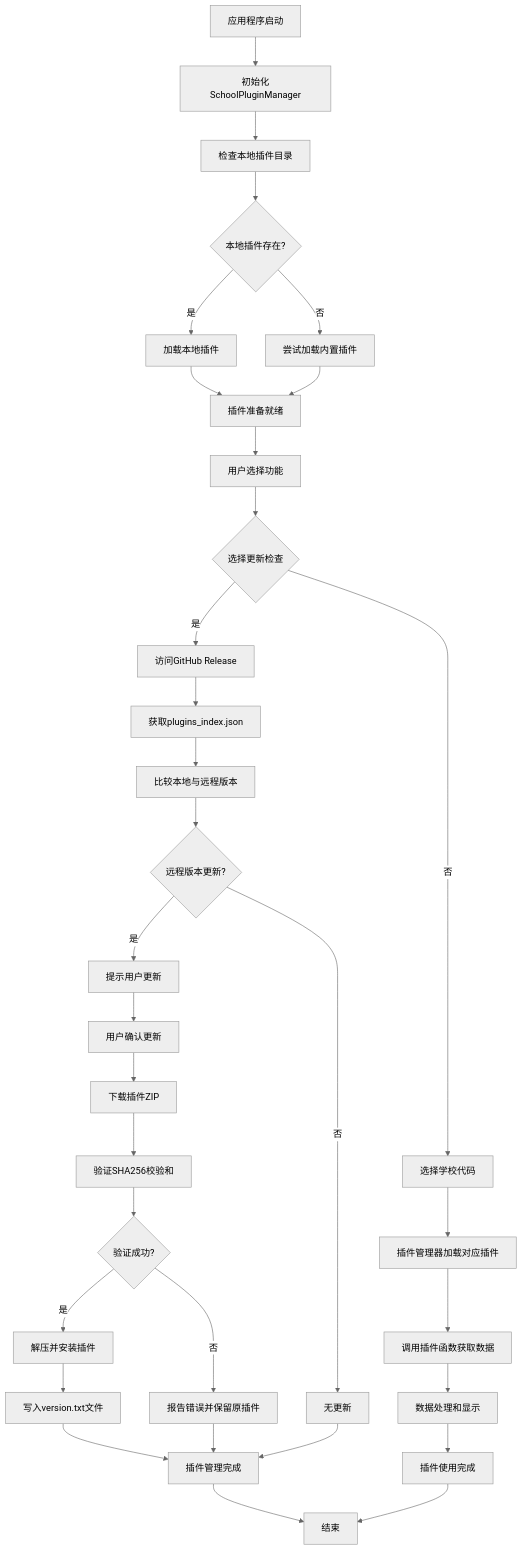
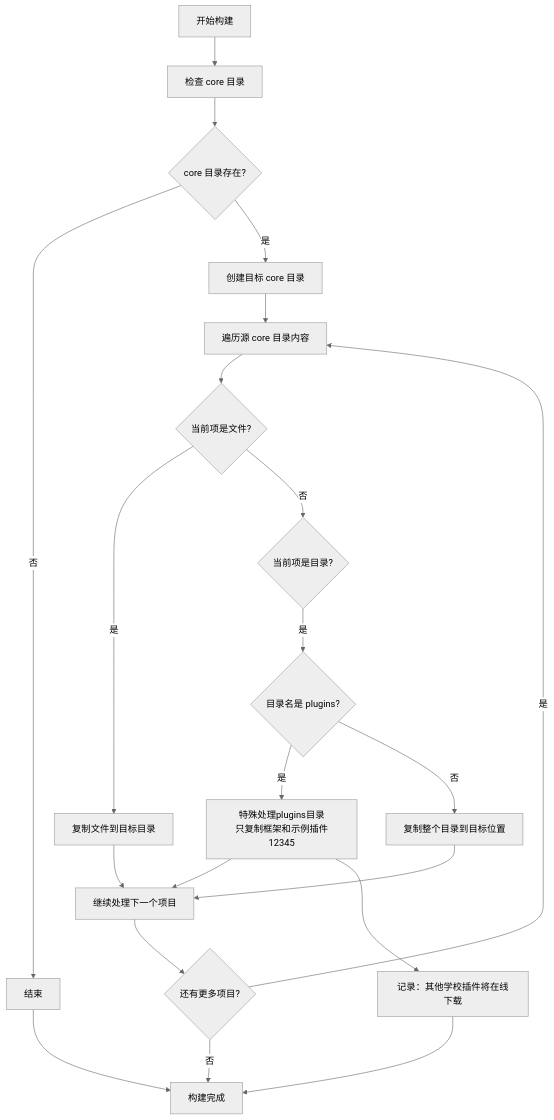
The diagram in PLUGIN_FLOW_CHART.md (pjnt9372/Capture_Push), drawn with Mermaid (neutral theme) before and after one commit. The commit also changed other lines of this file and 35 other files, not shown here.

````diff
--- a/PLUGIN_FLOW_CHART.md
+++ b/PLUGIN_FLOW_CHART.md
@@ -3,35 +14,23 @@
 ```mermaid
 graph TD
-    A[应用程序启动] --> B[初始化SchoolPluginManager]
-    B --> C[检查本地插件目录]
-    C --> D{本地插件存在?}
-    D -->|是| E[加载本地插件]
-    D -->|否| F[尝试加载内置插件]
-    E --> G[插件准备就绪]
-    F --> G
-    G --> H[用户选择功能]
-    H --> I{选择更新检查}
-    I -->|是| J[访问GitHub Release]
-    I -->|否| K[选择学校代码]
-    J --> L[获取plugins_index.json]
-    L --> M[比较本地与远程版本]
-    M --> N{远程版本更新?}
-    N -->|是| O[提示用户更新]
-    N -->|否| P[无更新]
-    O --> Q[用户确认更新]
-    Q --> R[下载插件ZIP]
-    R --> S[验证SHA256校验和]
-    S --> T{验证成功?}
-    T -->|是| U[解压并安装插件]
-    T -->|否| V[报告错误并保留原插件]
-    U --> W[写入version.txt文件]
-    W --> X[插件管理完成]
-    V --> X
-    P --> X
-    K --> Y[插件管理器加载对应插件]
-    Y --> Z[调用插件函数获取数据]
-    Z --> AA[数据处理和显示]
-    AA --> AB[插件使用完成]
-    X --> AC[结束]
-    AB --> AC
+    A[开始构建] --> B[检查 core 目录]
+    B --> C{core 目录存在?}
+    C -->|否| D[结束]
+    C -->|是| E[创建目标 core 目录]
+    E --> F[遍历源 core 目录内容]
+    F --> G{当前项是文件?}
+    G -->|是| H[复制文件到目标目录]
+    G -->|否| I{当前项是目录?}
+    I -->|是| J{目录名是 plugins?}
+    J -->|是| K[特殊处理plugins目录<br/>只复制框架和示例插件12345]
+    J -->|否| L[复制整个目录到目标位置]
+    H --> M[继续处理下一个项目]
+    K --> M
+    L --> M
+    M --> N{还有更多项目?}
+    N -->|是| F
+    N -->|否| O[构建完成]
+    D --> O
+    K --> P[记录：其他学校插件将在线下载]
+    P --> O
 ```
````
